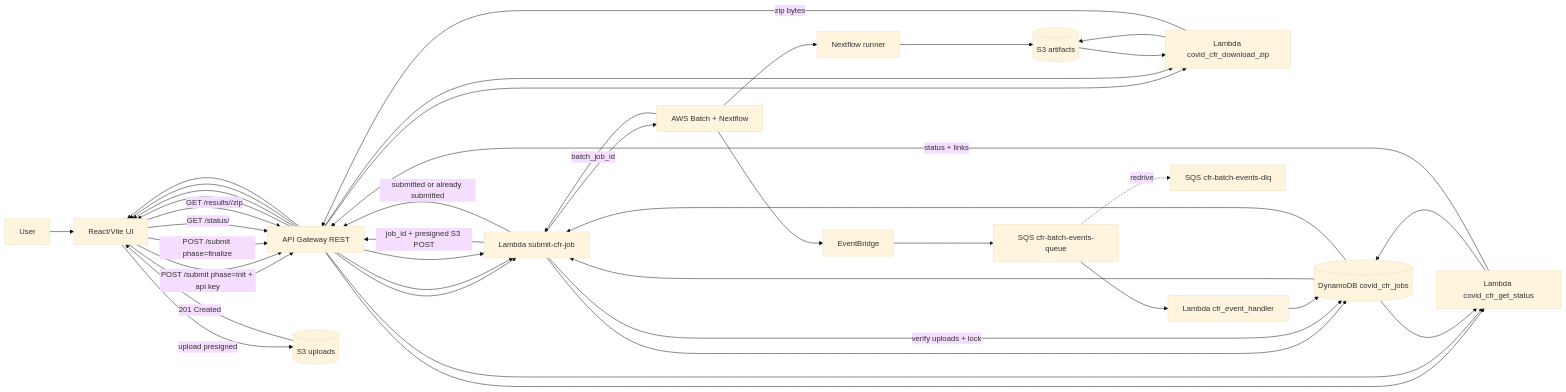
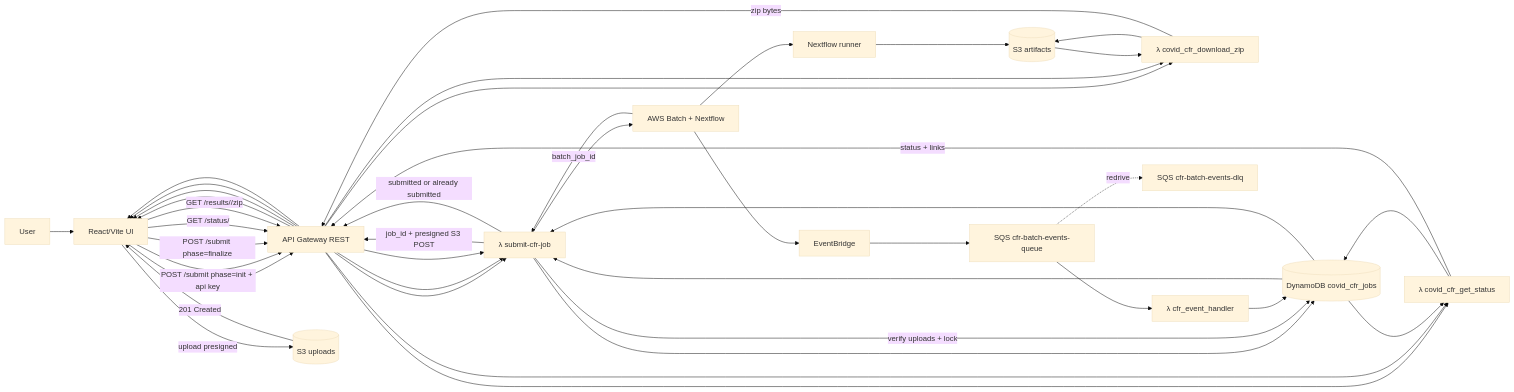
The second of 3 diagrams in README.md (achandrasek6/Covid-Mortality-Prediction), drawn with Mermaid (base theme) before and after one commit. The commit also changed other lines of this file, not shown here.

Commit message:
Update README with lambda symbol for functions

````diff
--- a/README.md
+++ b/README.md
@@ -235,60 +236,60 @@
 ```mermaid
 flowchart LR;
 
   U[User] --> UI[React/Vite UI];
   UI --> APIGW[API Gateway REST];
 
-  APIGW --> LSUB[Lambda submit-cfr-job];
-  APIGW --> LSTAT[Lambda covid_cfr_get_status];
-  APIGW --> LZIP[Lambda covid_cfr_download_zip];
+  APIGW --> LSUB[λ submit-cfr-job];
+  APIGW --> LSTAT[λ covid_cfr_get_status];
+  APIGW --> LZIP[λ covid_cfr_download_zip];
 
   %% init: create job + presign
   UI -->|POST /submit phase=init + api key| APIGW;
   APIGW --> LSUB;
   LSUB --> DDB[(DynamoDB covid_cfr_jobs)];
   DDB --> LSUB;
   LSUB -->|job_id + presigned S3 POST| APIGW;
   APIGW --> UI;
 
   %% upload direct to S3 (request + ack)
   UI -->|upload presigned| S3U[(S3 uploads)];
   S3U -->|201 Created| UI;
 
   %% finalize: verify + submit Batch (idempotent)
   UI -->|POST /submit phase=finalize| APIGW;
   APIGW --> LSUB;
   LSUB -->|verify uploads + lock| DDB;
   DDB --> LSUB;
   LSUB --> BATCH[AWS Batch + Nextflow];
   BATCH -->|batch_job_id| LSUB;
   LSUB -->|submitted or already submitted| APIGW;
   APIGW --> UI;
 
   %% compute + artifacts
   BATCH --> NF[Nextflow runner];
   NF --> S3O[(S3 artifacts)];
 
   %% durable status propagation (EventBridge -> SQS -> handler)
   BATCH --> EB[EventBridge];
   EB --> SQS[SQS cfr-batch-events-queue];
-  SQS --> LEVT[Lambda cfr_event_handler];
+  SQS --> LEVT[λ cfr_event_handler];
   SQS -. redrive .-> DLQ[SQS cfr-batch-events-dlq];
   LEVT --> DDB;
 
   %% status polling (request + response)
   UI -->|GET /status/<job_id>| APIGW;
   APIGW --> LSTAT;
   LSTAT --> DDB;
   DDB --> LSTAT;
   LSTAT -->|status + links| APIGW;
   APIGW --> UI;
 
   %% download zip (request + response)
   UI -->|GET /results/<job_id>/zip| APIGW;
   APIGW --> LZIP;
   LZIP --> S3O;
   S3O --> LZIP;
   LZIP -->|zip bytes| APIGW;
   APIGW --> UI;
 
 ```
````
